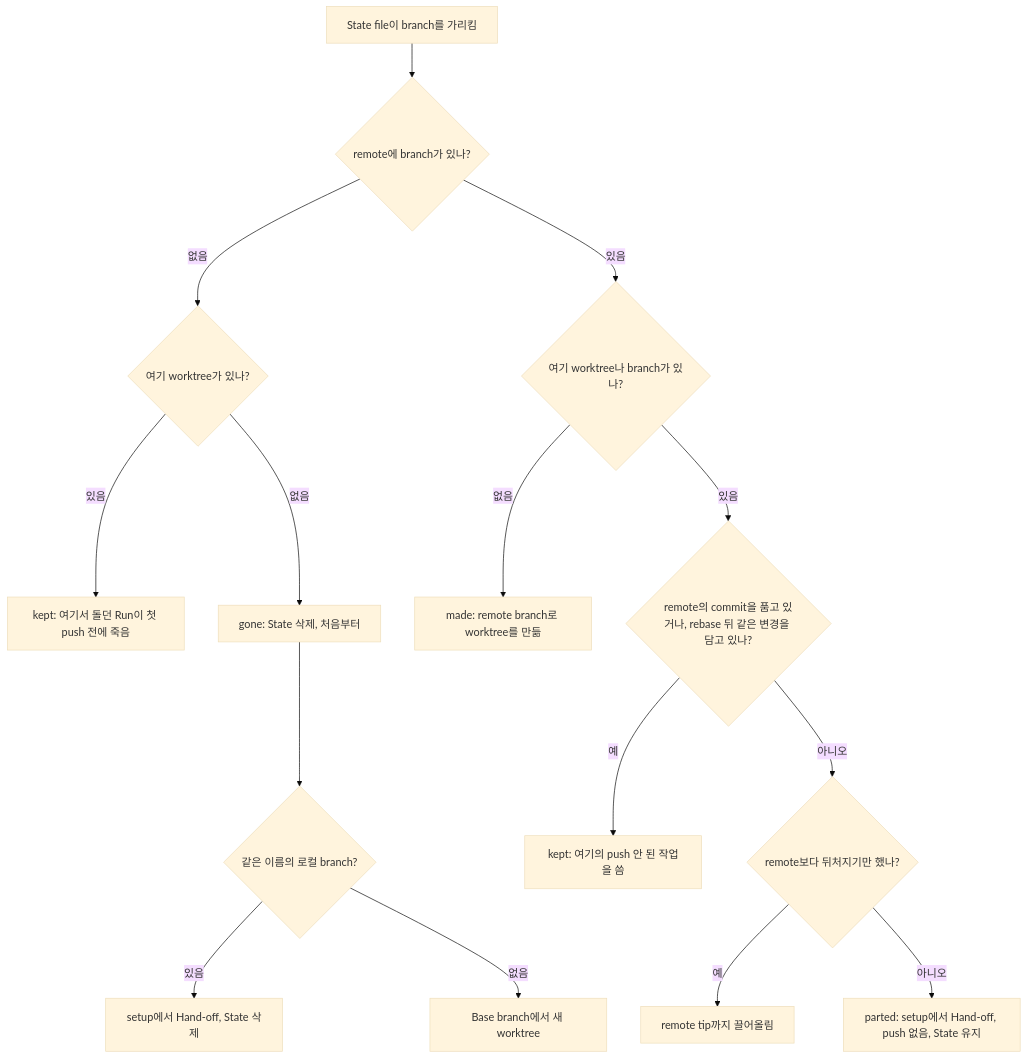
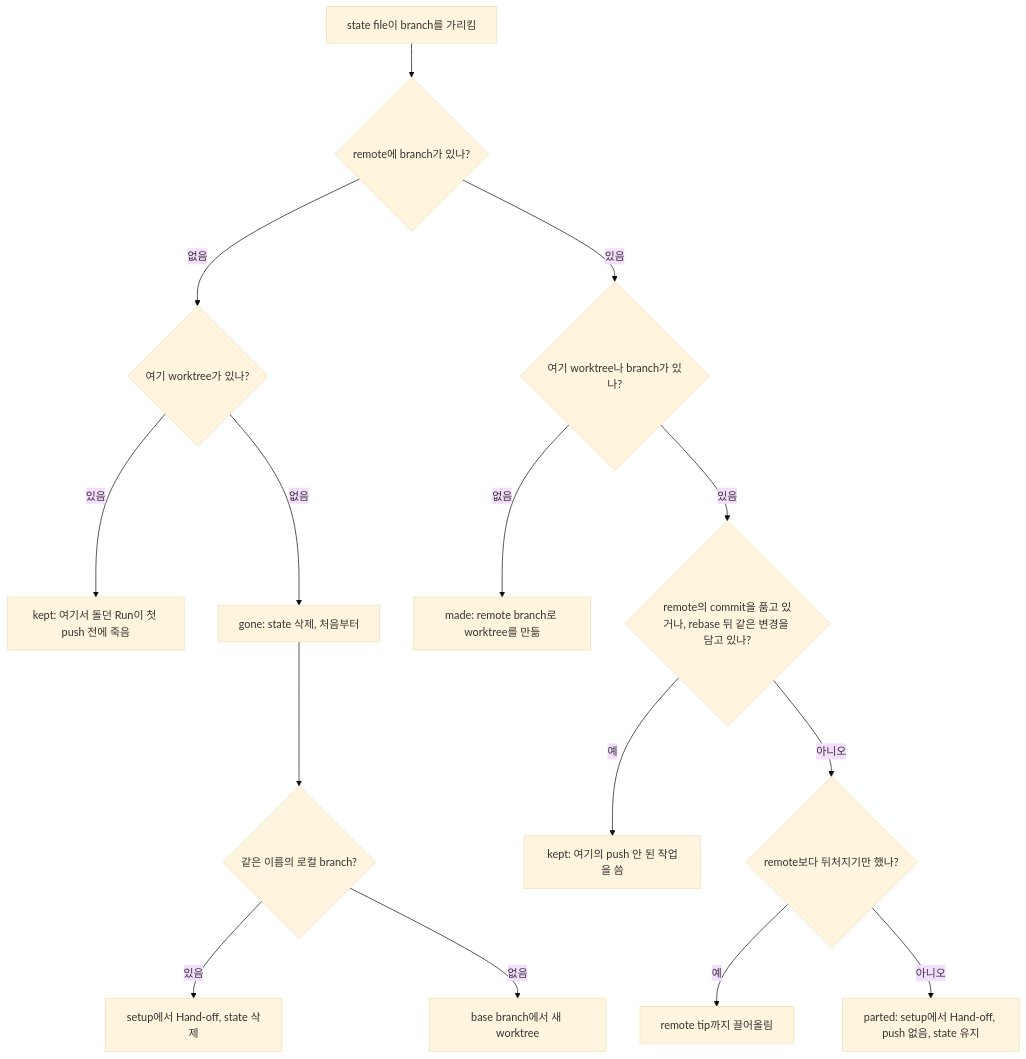
Before and after one commit to jjongs2/ticket-runner: the second of 2 diagrams in wiki/ko/guide/stopping-and-resuming.md, drawn with Mermaid (base theme). The commit also changed other lines of this file and 20 other files, not shown here.

````diff
--- a/wiki/ko/guide/stopping-and-resuming.md
+++ b/wiki/ko/guide/stopping-and-resuming.md
@@ -290,17 +290,17 @@
 ```mermaid
 flowchart TD
-    S["State file이 branch를 가리킴"] --> R{"remote에 branch가 있나?"}
+    S["state file이 branch를 가리킴"] --> R{"remote에 branch가 있나?"}
     R -- 없음 --> W{"여기 worktree가 있나?"}
     W -- 있음 --> K1["kept: 여기서 돌던 Run이 첫 push 전에 죽음"]
-    W -- 없음 --> G["gone: State 삭제, 처음부터"]
+    W -- 없음 --> G["gone: state 삭제, 처음부터"]
     G --> L{"같은 이름의 로컬 branch?"}
-    L -- 있음 --> HB["setup에서 Hand-off, State 삭제"]
-    L -- 없음 --> F["Base branch에서 새 worktree"]
+    L -- 있음 --> HB["setup에서 Hand-off, state 삭제"]
+    L -- 없음 --> F["base branch에서 새 worktree"]
     R -- 있음 --> H{"여기 worktree나 branch가 있나?"}
     H -- 없음 --> M["made: remote branch로 worktree를 만듦"]
     H -- 있음 --> C{"remote의 commit을 품고 있거나, rebase 뒤 같은 변경을 담고 있나?"}
     C -- 예 --> K2["kept: 여기의 push 안 된 작업을 씀"]
     C -- 아니오 --> B{"remote보다 뒤처지기만 했나?"}
     B -- 예 --> FF["remote tip까지 끌어올림"]
-    B -- 아니오 --> P["parted: setup에서 Hand-off, push 없음, State 유지"]
+    B -- 아니오 --> P["parted: setup에서 Hand-off, push 없음, state 유지"]
 ```
````
